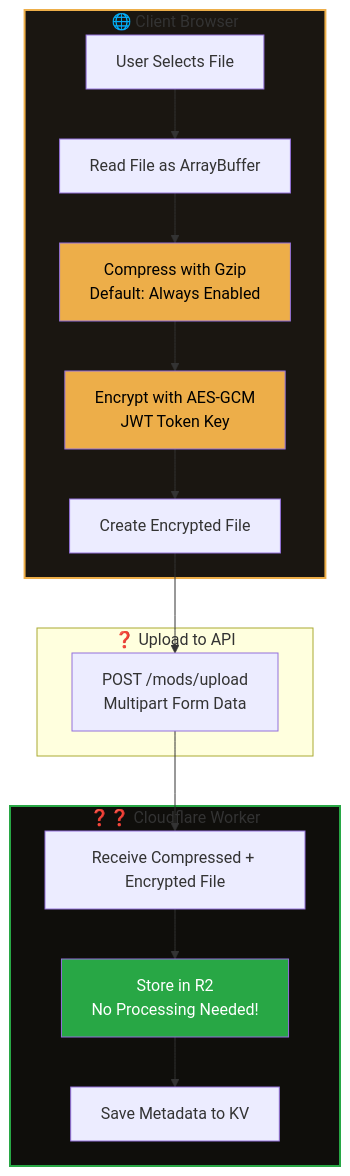
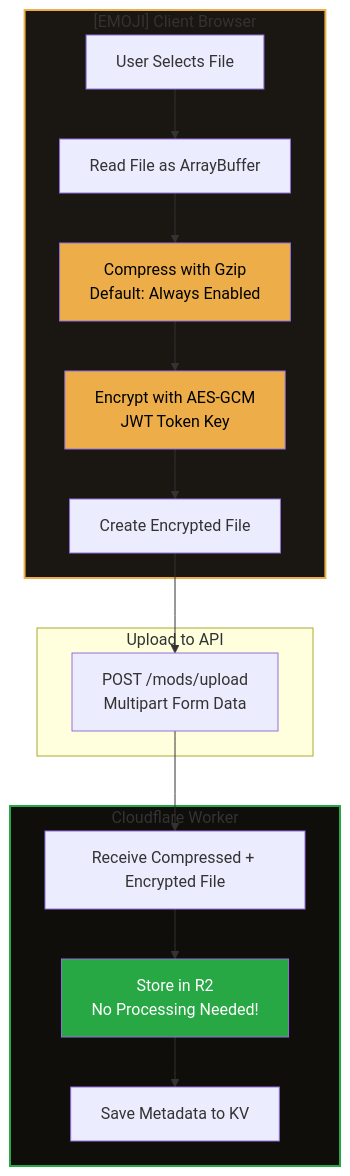
The first of 2 diagrams in serverless/mods-api/README.md (Underwood-Inc/strixun-stream-suite), drawn with Mermaid before and after one commit. The commit also changed other lines of this file and 424 other files, not shown here.

````diff
--- a/serverless/mods-api/README.md
+++ b/serverless/mods-api/README.md
@@ -22,25 +22,25 @@
 ```mermaid
 flowchart TB
-    subgraph Client["🌐 Client Browser"]
+    subgraph Client["[EMOJI] Client Browser"]
         A[User Selects File] --> B[Read File as ArrayBuffer]
         B --> C[Compress with Gzip<br/>Default: Always Enabled]
         C --> D[Encrypt with AES-GCM<br/>JWT Token Key]
         D --> E[Create Encrypted File]
     end
     
-    subgraph Upload["❓ Upload to API"]
+    subgraph Upload[" Upload to API"]
         E --> F[POST /mods/upload<br/>Multipart Form Data]
     end
     
-    subgraph Server["❓❓ Cloudflare Worker"]
+    subgraph Server[" Cloudflare Worker"]
         F --> G[Receive Compressed + Encrypted File]
         G --> H[Store in R2<br/>No Processing Needed!]
         H --> I[Save Metadata to KV]
     end
     
     style Client fill:#1a1611,stroke:#edae49,stroke-width:2px
     style C fill:#edae49,color:#000
     style D fill:#edae49,color:#000
     style Server fill:#0f0e0b,stroke:#28a745,stroke-width:2px
     style H fill:#28a745,color:#fff
 ```
````
